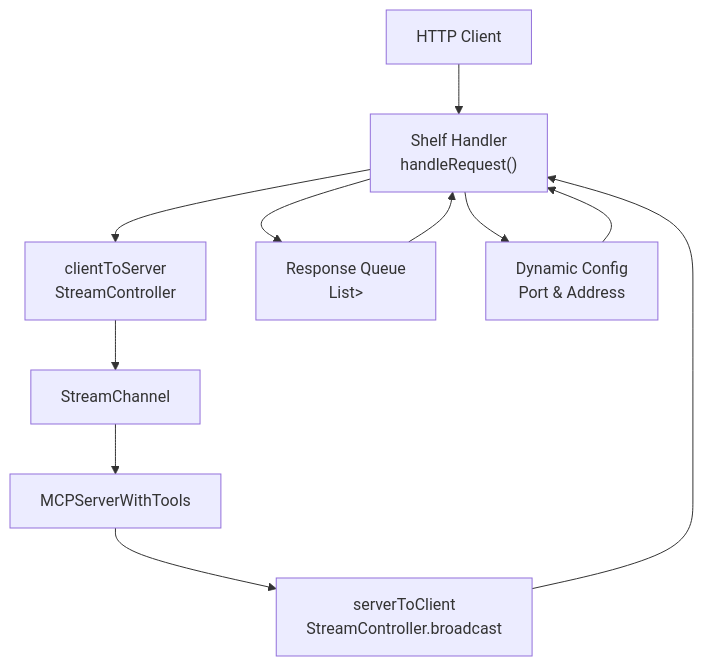
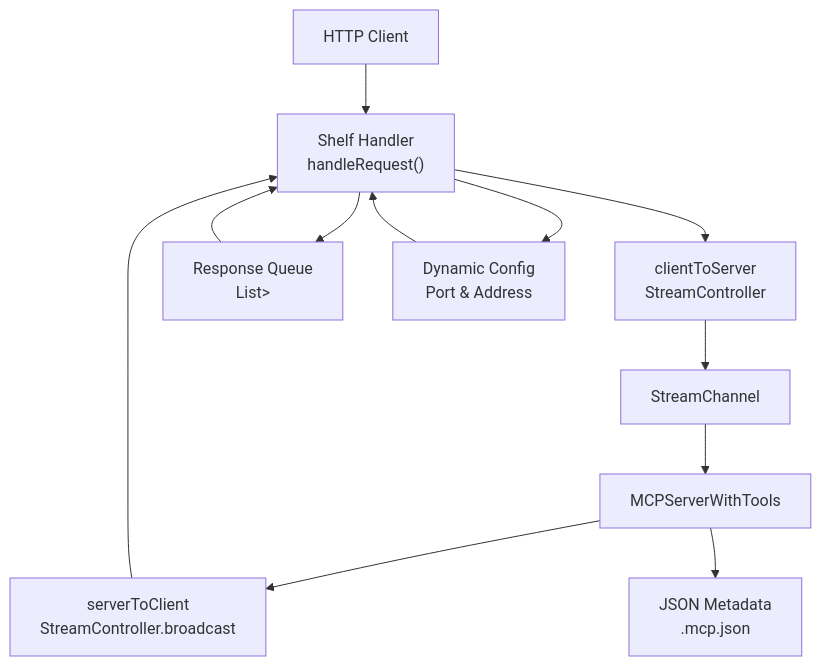
The second of 12 diagrams in .qoder/repowiki/en/content/Transport Implementations/HTTP Transport.md (cdavis-code/easy_mcp_workspace), drawn with Mermaid before and after one commit. The commit also changed other lines of this file and 16 other files, not shown here.

````diff
--- a/.qoder/repowiki/en/content/Transport Implementations/HTTP Transport.md
+++ b/.qoder/repowiki/en/content/Transport Implementations/HTTP Transport.md
@@ -118,21 +126,23 @@
 ```mermaid
 graph TB
 Client["HTTP Client"]
 Shelf["Shelf Handler<br/>handleRequest()"]
 SC1["clientToServer<br/>StreamController<String>"]
 SC2["serverToClient<br/>StreamController<String>.broadcast"]
 Channel["StreamChannel<String>"]
 MCP["MCPServerWithTools"]
 Queue["Response Queue<br/>List<Completer<String>>"]
 Config["Dynamic Config<br/>Port & Address"]
+Metadata["JSON Metadata<br/>.mcp.json"]
 Client --> Shelf
 Shelf --> Config
 Config --> Shelf
 Shelf --> SC1
 SC1 --> Channel
 Channel --> MCP
 MCP --> SC2
 SC2 --> Shelf
 Shelf --> Queue
 Queue --> Shelf
+MCP --> Metadata
 ```
````
